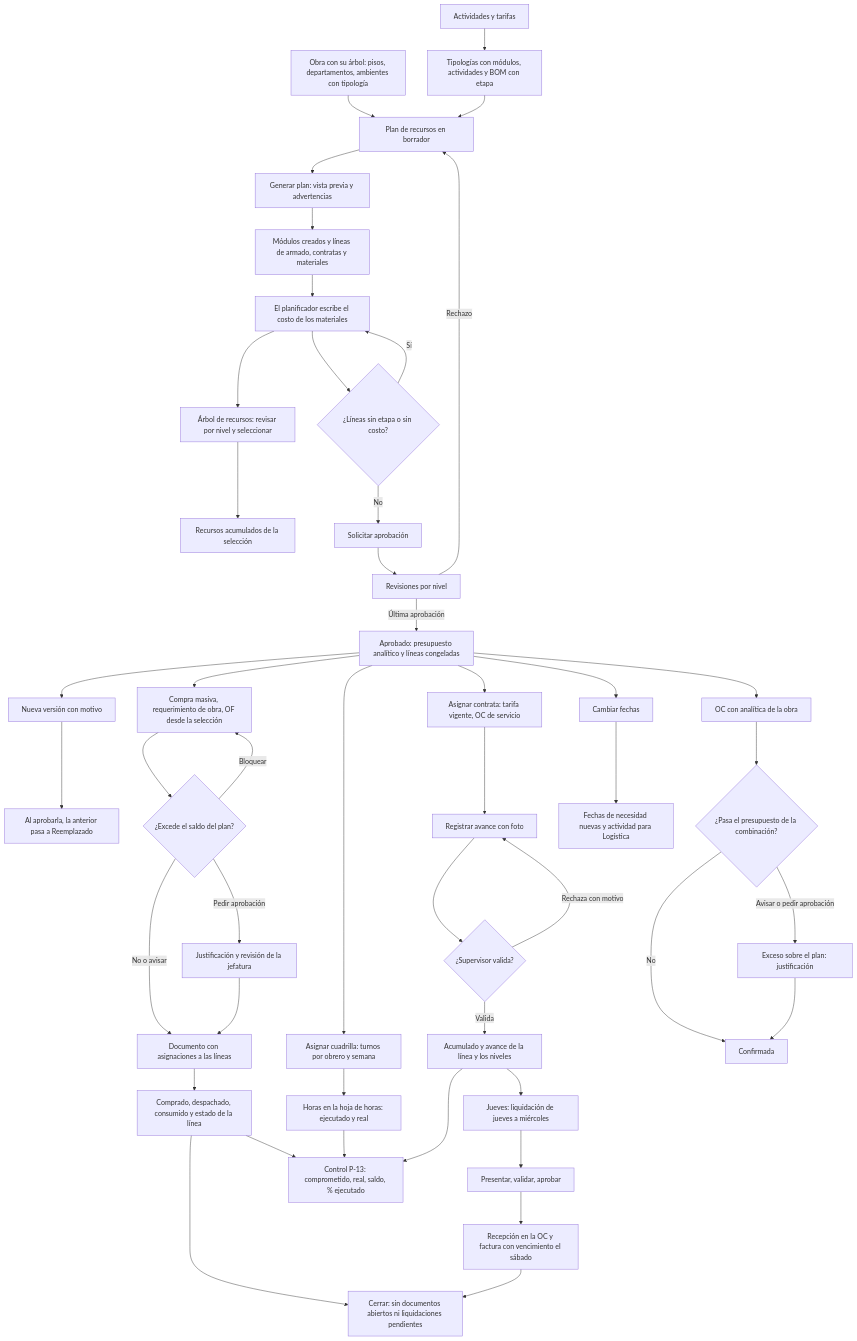
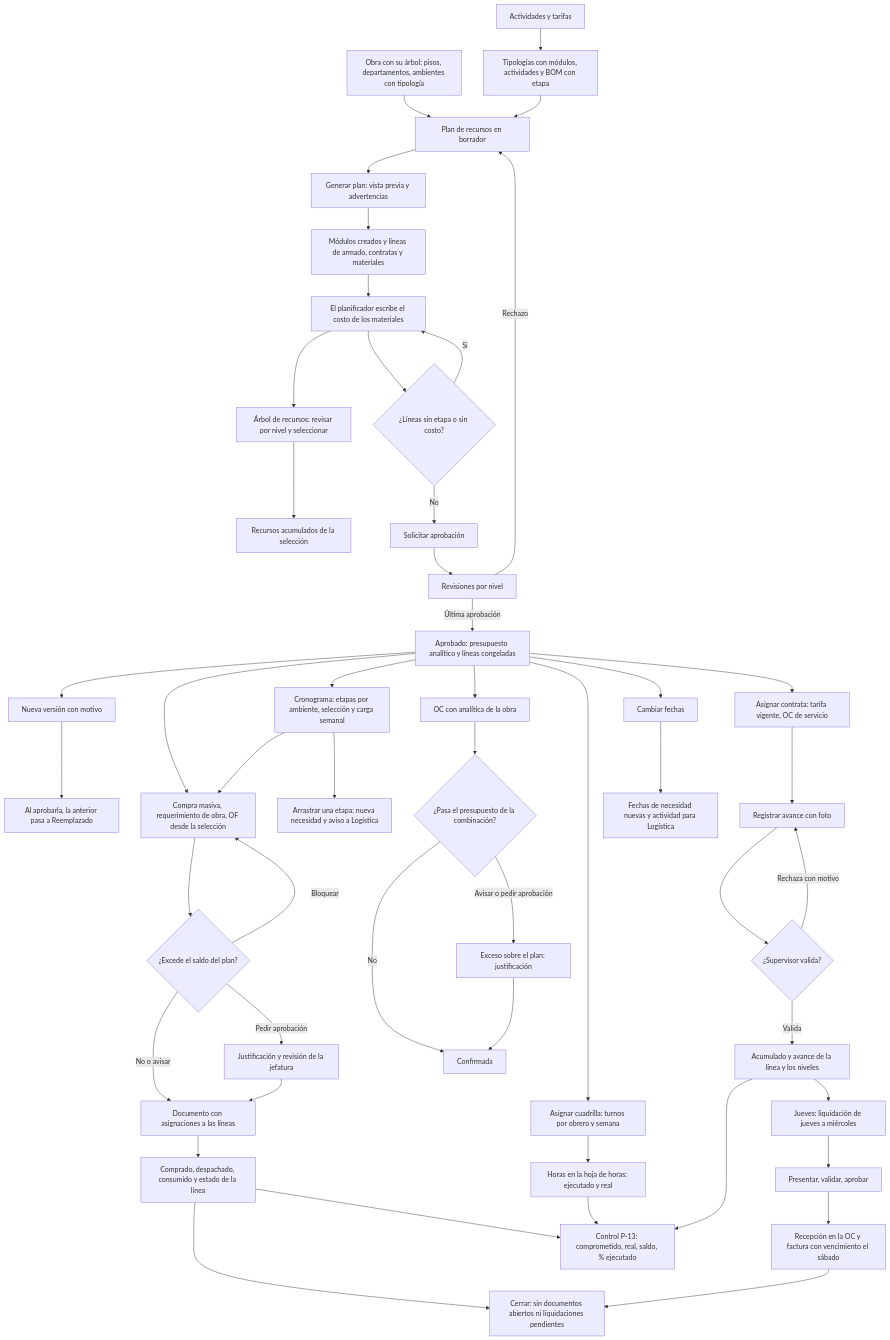
The diagram in OL-PROJECTS/al_construction_planner/GUIA_FUNCIONAL.md (olanoit/ol_new_apps), drawn with Mermaid before and after one commit. The commit also changed other lines of this file and 48 other files, not shown here.

First line of the commit message:
[IMP] al_construction_planner: fase 8, cronograma con recursos sobre el Gantt

````diff
--- a/OL-PROJECTS/al_construction_planner/GUIA_FUNCIONAL.md
+++ b/OL-PROJECTS/al_construction_planner/GUIA_FUNCIONAL.md
@@ -77,41 +77,44 @@
 ```mermaid
 flowchart TD
   A[Actividades y tarifas] --> C[Tipologías con módulos, actividades y BOM con etapa]
   B[Obra con su árbol: pisos, departamentos, ambientes con tipología] --> D
   C --> D[Plan de recursos en borrador]
   D --> E[Generar plan: vista previa y advertencias]
   E --> F[Módulos creados y líneas de armado, contratas y materiales]
   F --> G[El planificador escribe el costo de los materiales]
   G --> H[Árbol de recursos: revisar por nivel y seleccionar]
   H --> I[Recursos acumulados de la selección]
   G --> J{¿Líneas sin etapa o sin costo?}
   J -- Sí --> G
   J -- No --> K[Solicitar aprobación]
   K --> L[Revisiones por nivel]
   L -- Rechazo --> D
   L -- Última aprobación --> M[Aprobado: presupuesto analítico y líneas congeladas]
   M --> N[Nueva versión con motivo]
   N --> O[Al aprobarla, la anterior pasa a Reemplazado]
   M --> Q[Compra masiva, requerimiento de obra, OF desde la selección]
   Q --> R{¿Excede el saldo del plan?}
   R -- No o avisar --> S[Documento con asignaciones a las líneas]
   R -- Pedir aprobación --> T[Justificación y revisión de la jefatura] --> S
   R -- Bloquear --> Q
   S --> U[Comprado, despachado, consumido y estado de la línea]
+  M --> CR[Cronograma: etapas por ambiente, selección y carga semanal]
+  CR --> Q
+  CR --> CM[Arrastrar una etapa: nueva necesidad y aviso a Logística]
   M --> V[Asignar contrata: tarifa vigente, OC de servicio]
   V --> W[Registrar avance con foto] --> X{¿Supervisor valida?}
   X -- Rechaza con motivo --> W
   X -- Valida --> Y[Acumulado y avance de la línea y los niveles]
   Y --> Z[Jueves: liquidación de jueves a miércoles]
   Z --> Z1[Presentar, validar, aprobar] --> Z2[Recepción en la OC y factura con vencimiento el sábado]
   M --> CU[Asignar cuadrilla: turnos por obrero y semana] --> CH[Horas en la hoja de horas: ejecutado y real]
   M --> OC[OC con analítica de la obra] --> OB{¿Pasa el presupuesto de la combinación?}
   OB -- No --> OK[Confirmada]
   OB -- Avisar o pedir aprobación --> OW[Exceso sobre el plan: justificación] --> OK
   U --> CT[Control P-13: comprometido, real, saldo, % ejecutado]
   CH --> CT
   Y --> CT
   M --> CF[Cambiar fechas] --> CL[Fechas de necesidad nuevas y actividad para Logística]
   U --> P[Cerrar: sin documentos abiertos ni liquidaciones pendientes]
   Z2 --> P
 ```
````
